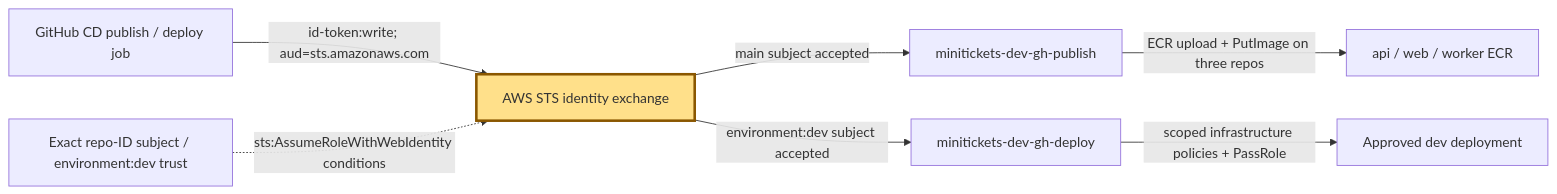
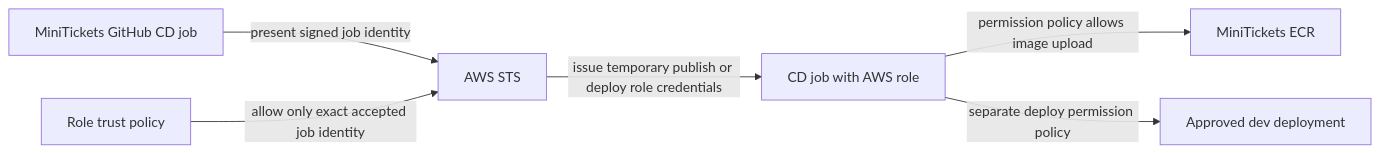
One commit to maheshnd/minitickets changed the diagram in docs/handbook/concepts/cd-oidc.md. Above: the diagram before and after it, drawn with Mermaid. The commit also changed other lines of this file and 39 other files, not shown here.

````diff
--- a/docs/handbook/concepts/cd-oidc.md
+++ b/docs/handbook/concepts/cd-oidc.md
@@ -13,11 +17,8 @@
 ```mermaid
 flowchart LR
-    G["GitHub CD publish / deploy job"] -->|"id-token:write; aud=sts.amazonaws.com"| S["AWS STS identity exchange"]
-    T["Exact repo-ID subject / environment:dev trust"] -.->|"sts:AssumeRoleWithWebIdentity conditions"| S
-    S -->|"main subject accepted"| P["minitickets-dev-gh-publish"]
-    S -->|"environment:dev subject accepted"| D["minitickets-dev-gh-deploy"]
-    P -->|"ECR upload + PutImage on three repos"| E["api / web / worker ECR"]
-    D -->|"scoped infrastructure policies + PassRole"| A["Approved dev deployment"]
-    classDef focus fill:#ffe08a,stroke:#8a5700,stroke-width:3px
-    class S focus
+    G["MiniTickets GitHub CD job"] -->|"present signed job identity"| S["AWS STS"]
+    T["Role trust policy"] -->|"allow only exact accepted job identity"| S
+    S -->|"issue temporary publish or deploy role credentials"| R["CD job with AWS role"]
+    R -->|"permission policy allows image upload"| E["MiniTickets ECR"]
+    R -->|"separate deploy permission policy"| D["Approved dev deployment"]
 ```
````
